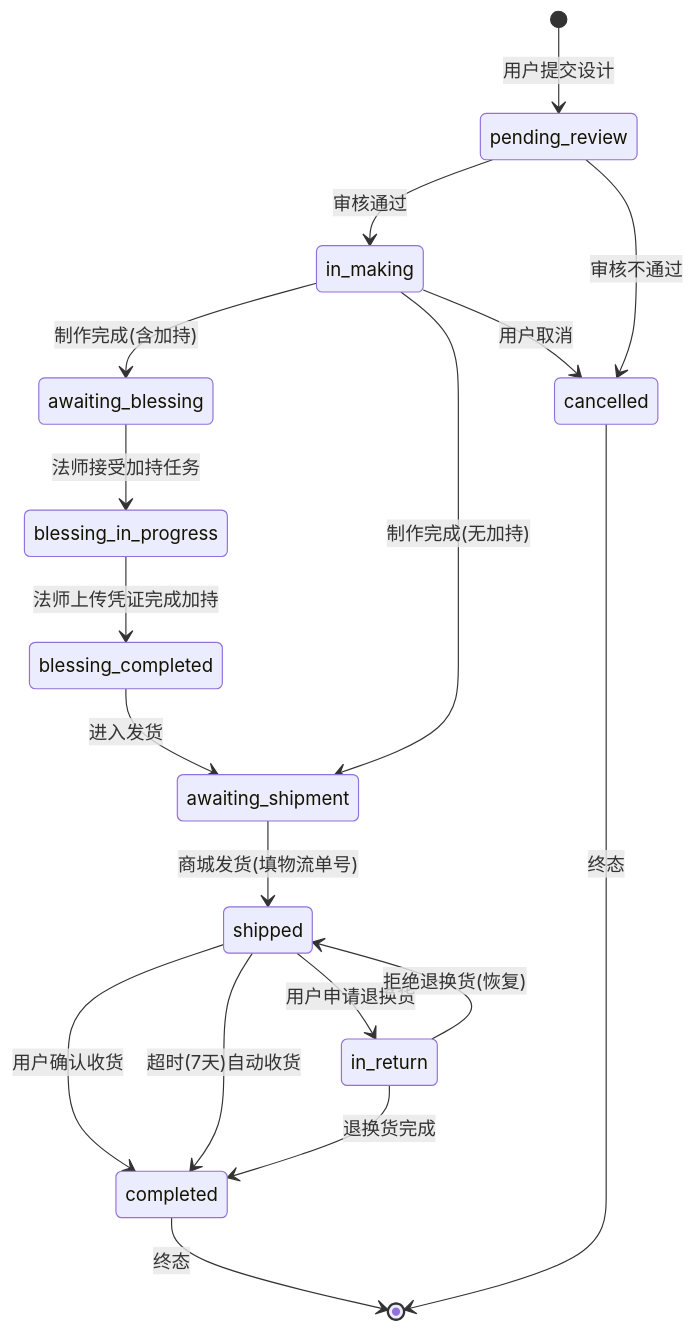
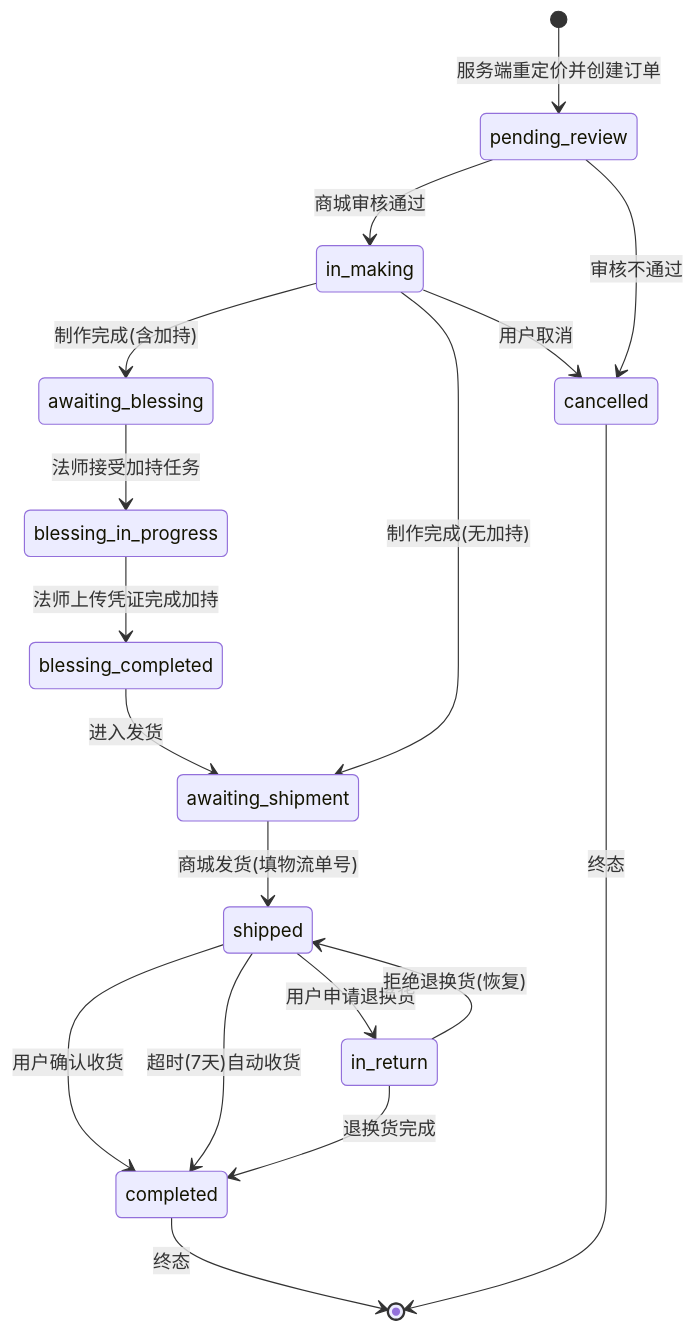
Before and after one commit to askxuan-dongfang/askxuan-docs: the second of 15 diagrams in docs/architecture/状态机.md, drawn with Mermaid. The commit also changed other lines of this file and 6 other files, not shown here.

````diff
--- a/docs/architecture/状态机.md
+++ b/docs/architecture/状态机.md
@@ -80,25 +80,25 @@
 ```mermaid
 stateDiagram-v2
-    [*] --> pending_review: 用户提交设计
-    pending_review --> in_making: 审核通过
+    [*] --> pending_review: 服务端重定价并创建订单
+    pending_review --> in_making: 商城审核通过
     pending_review --> cancelled: 审核不通过
 
     in_making --> awaiting_blessing: 制作完成(含加持)
     in_making --> awaiting_shipment: 制作完成(无加持)
     in_making --> cancelled: 用户取消
 
     awaiting_blessing --> blessing_in_progress: 法师接受加持任务
     blessing_in_progress --> blessing_completed: 法师上传凭证完成加持
     blessing_completed --> awaiting_shipment: 进入发货
 
     awaiting_shipment --> shipped: 商城发货(填物流单号)
     shipped --> completed: 用户确认收货
     shipped --> completed: 超时(7天)自动收货
     shipped --> in_return: 用户申请退换货
 
     in_return --> completed: 退换货完成
     in_return --> shipped: 拒绝退换货(恢复)
 
     completed --> [*]: 终态
     cancelled --> [*]: 终态
 ```
````
